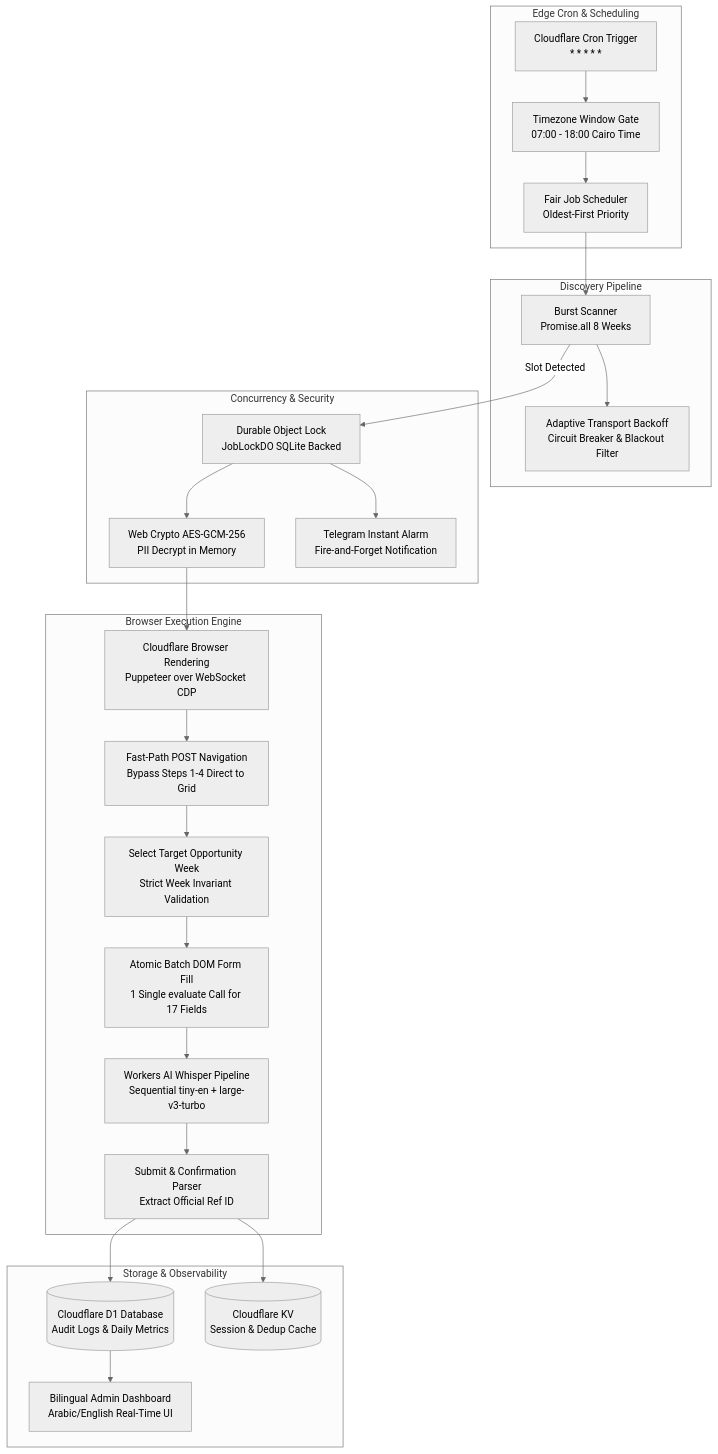
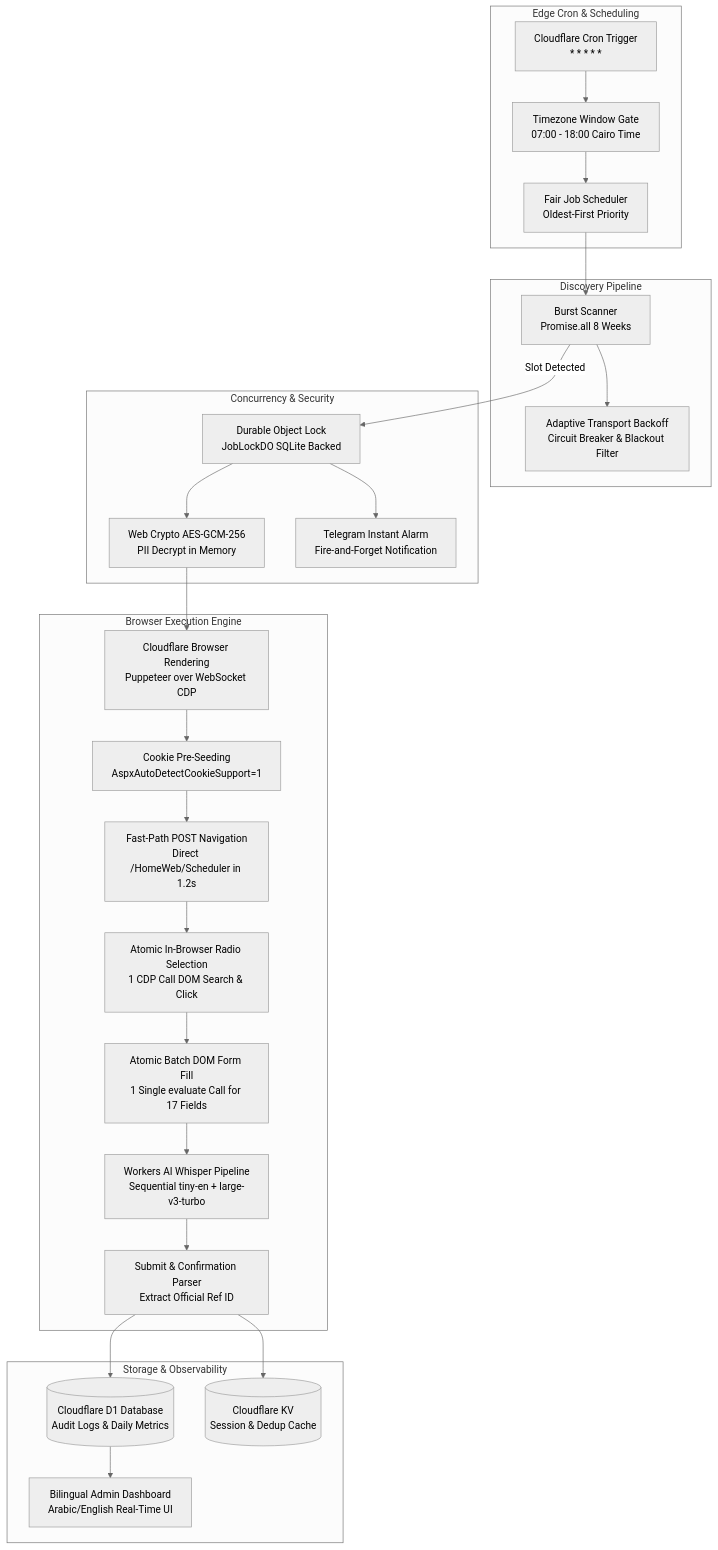
Before and after one commit to abdulsamed1/aegisflow: the diagram in README.md, drawn with Mermaid (neutral theme). The commit also changed other lines of this file and 17 other files, not shown here.

First line of the commit message:
perf: optimize booking pipeline speed, add cookie pre-seeding, and sync docs

````diff
--- a/README.md
+++ b/README.md
@@ -33,33 +35,34 @@
 ```mermaid
 flowchart TD
     subgraph Edge Cron & Scheduling
         Cron[Cloudflare Cron Trigger<br/>* * * * *] --> CairoGate[Timezone Window Gate<br/>07:00 - 18:00 Cairo Time]
         CairoGate --> FairScheduler[Fair Job Scheduler<br/>Oldest-First Priority]
     end
 
     subgraph Discovery Pipeline
         FairScheduler --> BurstScanner[Burst Scanner<br/>Promise.all 8 Weeks]
         BurstScanner --> BackoffMgr[Adaptive Transport Backoff<br/>Circuit Breaker & Blackout Filter]
     end
 
     subgraph Concurrency & Security
         BurstScanner -- Slot Detected --> DOLock[Durable Object Lock<br/>JobLockDO SQLite Backed]
         DOLock --> WebCrypto[Web Crypto AES-GCM-256<br/>PII Decrypt in Memory]
         DOLock --> TelegramAlarm[Telegram Instant Alarm<br/>Fire-and-Forget Notification]
     end
 
     subgraph Browser Execution Engine
         WebCrypto --> PuppeteerPool[Cloudflare Browser Rendering<br/>Puppeteer over WebSocket CDP]
-        PuppeteerPool --> FastPath[Fast-Path POST Navigation<br/>Bypass Steps 1-4 Direct to Grid]
-        FastPath --> SlotSelect[Select Target Opportunity Week<br/>Strict Week Invariant Validation]
-        SlotSelect --> BatchDOM[Atomic Batch DOM Form Fill<br/>1 Single evaluate Call for 17 Fields]
+        PuppeteerPool --> CookieSeed[Cookie Pre-Seeding<br/>AspxAutoDetectCookieSupport=1]
+        CookieSeed --> FastPath[Fast-Path POST Navigation<br/>Direct /HomeWeb/Scheduler in 1.2s]
+        FastPath --> FastSlot[Atomic In-Browser Radio Selection<br/>1 CDP Call DOM Search & Click]
+        FastSlot --> BatchDOM[Atomic Batch DOM Form Fill<br/>1 Single evaluate Call for 17 Fields]
         BatchDOM --> WhisperAI[Workers AI Whisper Pipeline<br/>Sequential tiny-en + large-v3-turbo]
         WhisperAI --> FinalSubmit[Submit & Confirmation Parser<br/>Extract Official Ref ID]
     end
 
     subgraph Storage & Observability
         FinalSubmit --> D1Store[(Cloudflare D1 Database<br/>Audit Logs & Daily Metrics)]
         FinalSubmit --> KVStore[(Cloudflare KV<br/>Session & Dedup Cache)]
         D1Store --> AdminUI[Bilingual Admin Dashboard<br/>Arabic/English Real-Time UI]
     end
 ```
````
